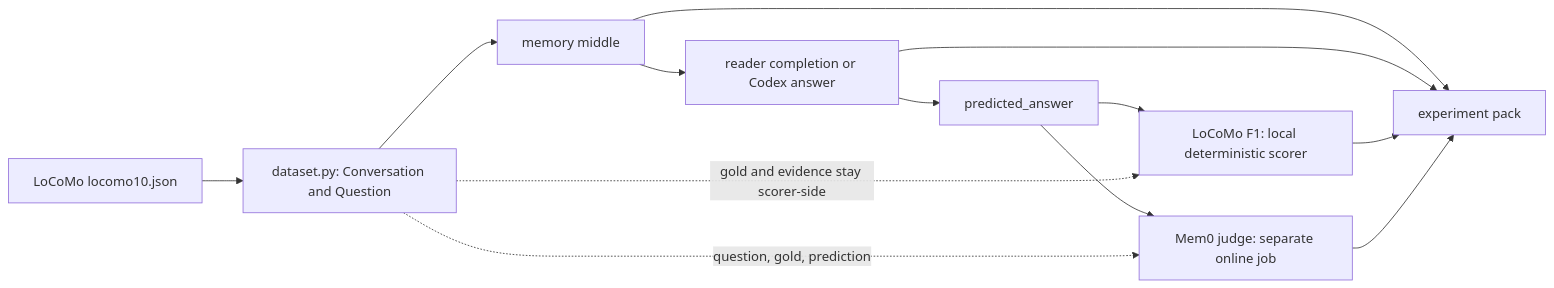
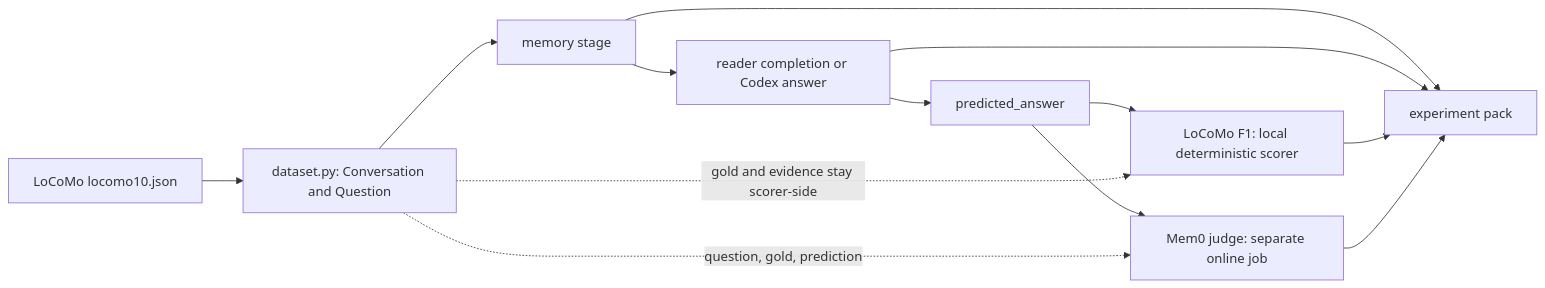
One commit to park-jsdev/long-term-memory-eval changed the first of 7 diagrams in docs/loop.md. Above: the diagram before and after it, drawn with Mermaid. The commit also changed other lines of this file and 43 other files, not shown here.

````diff
--- a/docs/loop.md
+++ b/docs/loop.md
@@ -30,15 +30,15 @@
 ```mermaid
 flowchart LR
   source["LoCoMo locomo10.json"] --> load["dataset.py: Conversation and Question"]
-  load --> middle["memory middle"]
-  middle --> answer["reader completion or Codex answer"]
+  load --> memory["memory stage"]
+  memory --> answer["reader completion or Codex answer"]
   answer --> prediction["predicted_answer"]
   prediction --> locomo["LoCoMo F1: local deterministic scorer"]
   prediction --> judge["Mem0 judge: separate online job"]
   load -.->|"gold and evidence stay scorer-side"| locomo
   load -.->|"question, gold, prediction"| judge
-  middle --> pack["experiment pack"]
+  memory --> pack["experiment pack"]
   answer --> pack
   locomo --> pack
   judge --> pack
 ```
````
